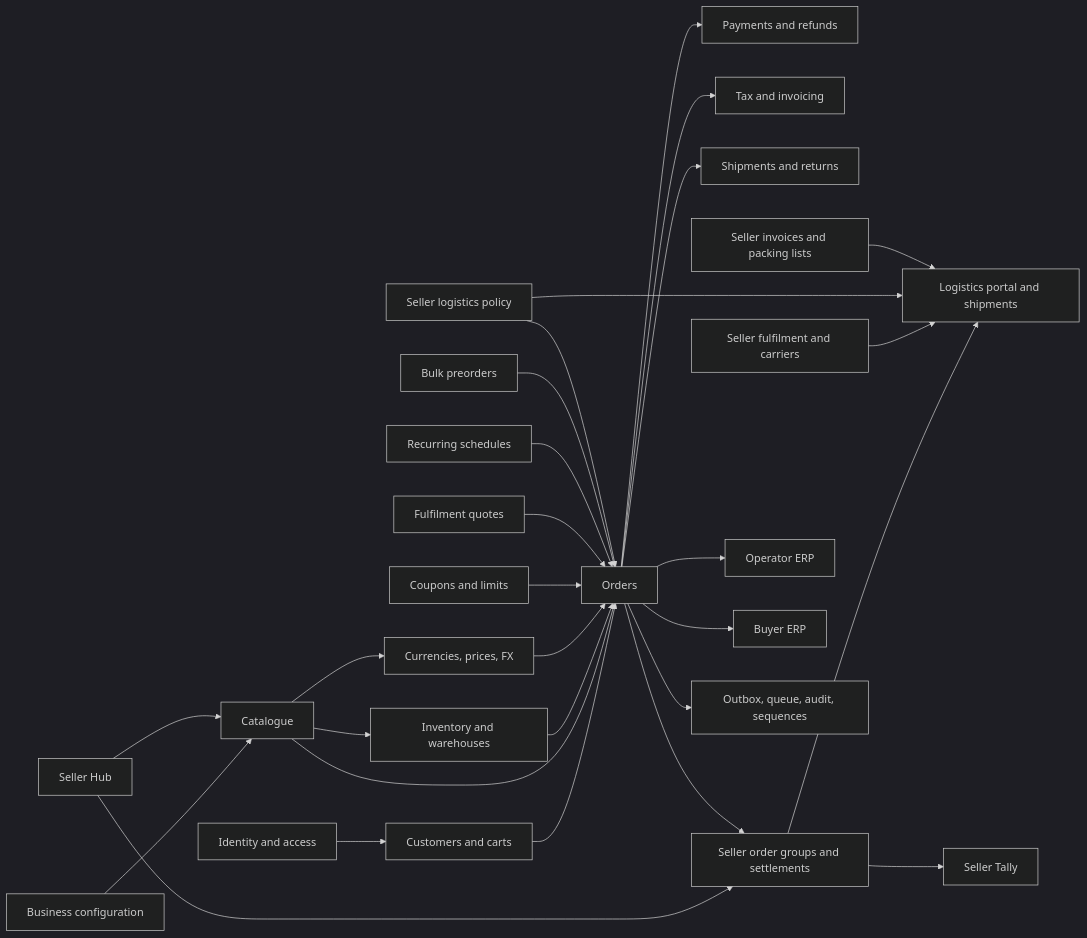
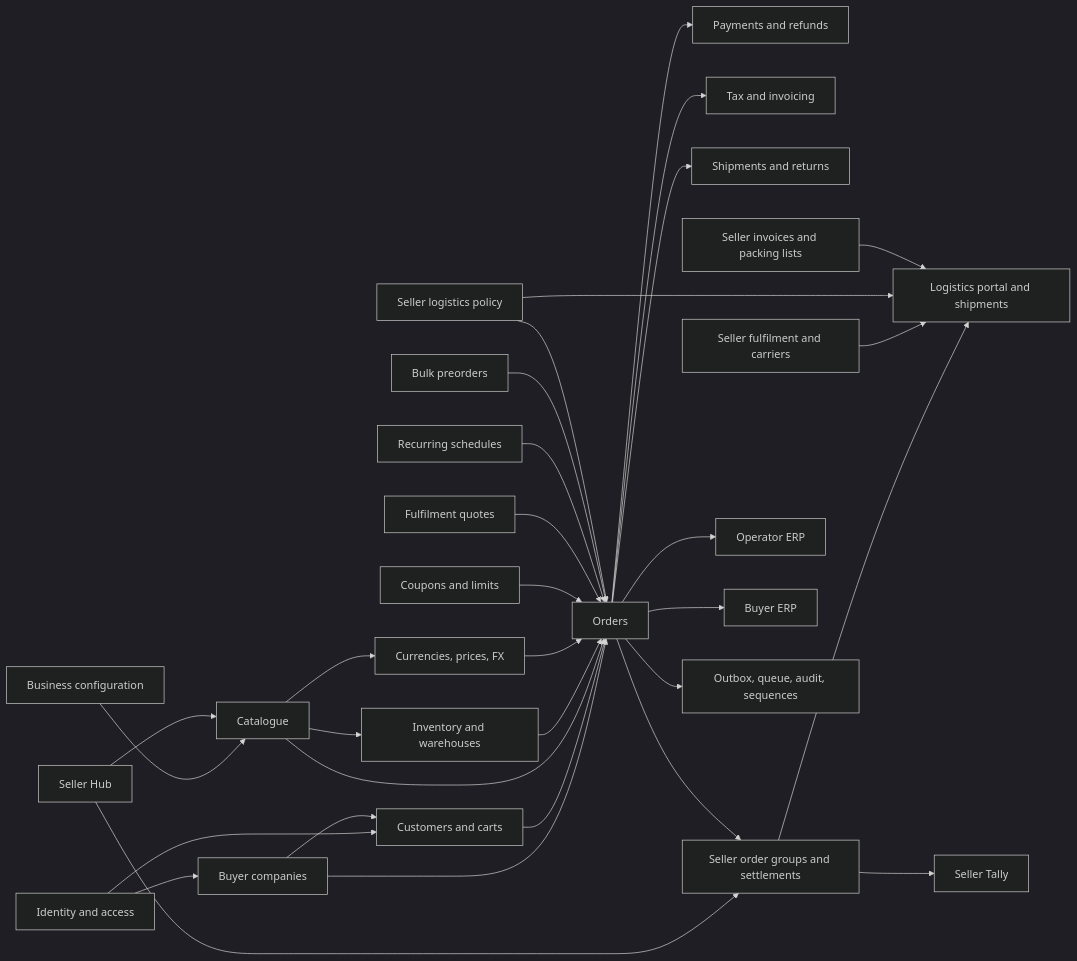
Before and after one commit to UBoss-AI/UBoss-Sourcing: the first of 41 diagrams in docs/DATABASE-DESIGN.md, drawn with Mermaid (dark theme). The commit also changed other lines of this file and 358 other files, not shown here.

````diff
--- a/docs/DATABASE-DESIGN.md
+++ b/docs/DATABASE-DESIGN.md
@@ -664,30 +683,33 @@
 ```mermaid
 flowchart LR
     ID["Identity and access"] --> CUST["Customers and carts"]
+    ID --> BCO["Buyer companies"]
+    BCO --> CUST
+    BCO --> ORD
     CFG["Business configuration"] --> CAT["Catalogue"]
     CAT --> INV["Inventory and warehouses"]
     CAT --> PRICE["Currencies, prices, FX"]
     CUST --> ORD["Orders"]
     CAT --> ORD
     INV --> ORD
     PRICE --> ORD
     COUP["Coupons and limits"] --> ORD
     FQ["Fulfilment quotes"] --> ORD
     ORD --> PAY["Payments and refunds"]
     ORD --> TAX["Tax and invoicing"]
     ORD --> AFTER["Shipments and returns"]
     REC["Recurring schedules"] --> ORD
     PRE["Bulk preorders"] --> ORD
     SELL["Seller Hub"] --> CAT
     SELL --> SORD["Seller order groups and settlements"]
     ORD --> SORD
     SORD --> LOG["Logistics portal and shipments"]
     SFUL["Seller fulfilment and carriers"] --> LOG
     SPOL["Seller logistics policy"] --> ORD
     SPOL --> LOG
     SDOC["Seller invoices and packing lists"] --> LOG
     ORD --> ERP["Operator ERP"]
     ORD --> BERP["Buyer ERP"]
     SORD --> TALLY["Seller Tally"]
     ORD --> MACH["Outbox, queue, audit, sequences"]
 ```
````
